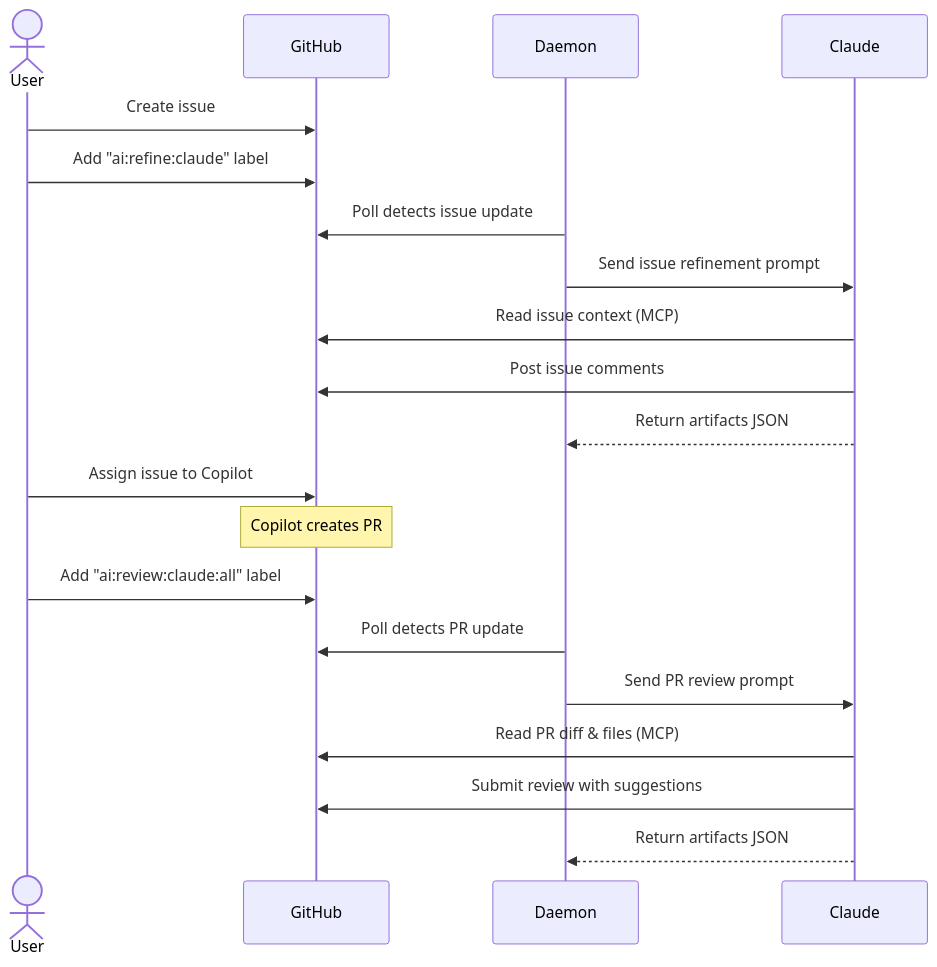
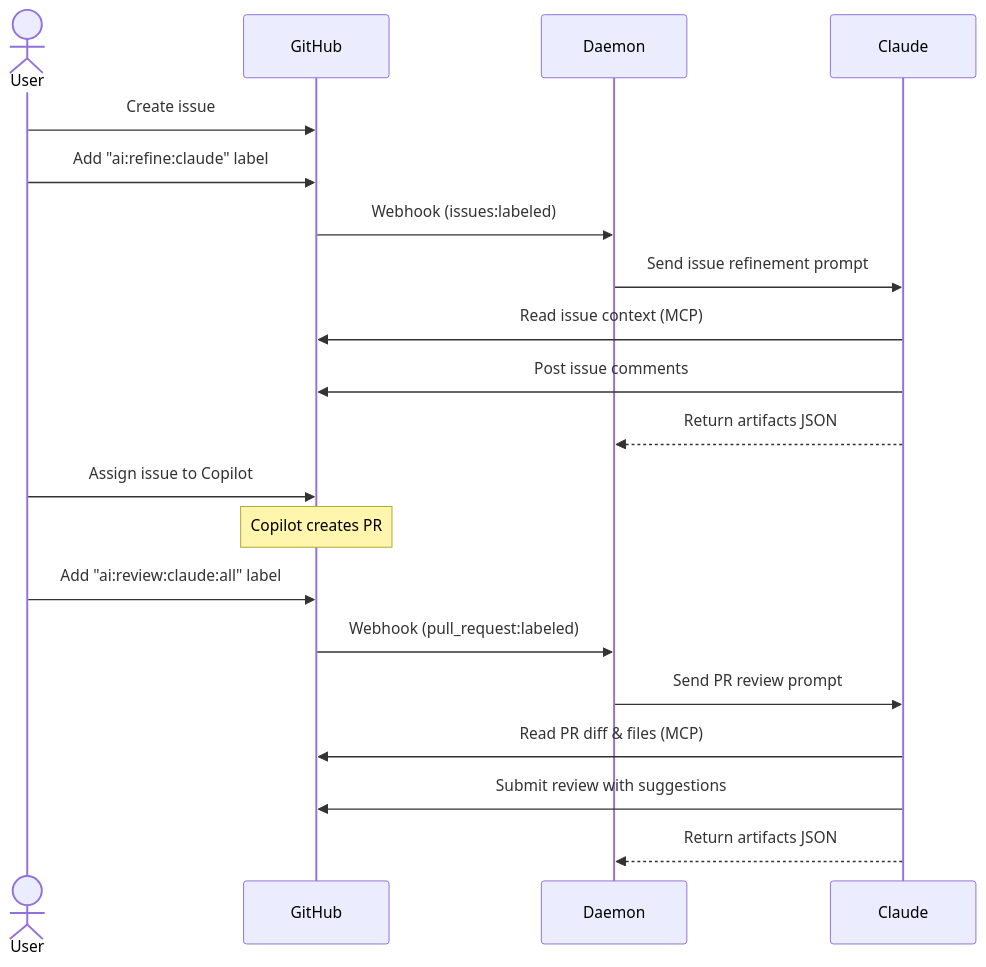
The diagram in README.md (eloylp/agents), drawn with Mermaid before and after one commit. The commit also changed other lines of this file and 27 other files, not shown here.

First line of the commit message:
Refactor daemon to stateless webhook label-event processing with async buffered-channel dispatch (#10)

````diff
--- a/README.md
+++ b/README.md
@@ -30,27 +30,27 @@
 ```mermaid
 sequenceDiagram
     actor User
     participant GH as GitHub
     participant Daemon
     participant Claude
 
     User->>GH: Create issue
     User->>GH: Add "ai:refine:claude" label
 
-    Daemon->>GH: Poll detects issue update
+    GH->>Daemon: Webhook (issues:labeled)
     Daemon->>Claude: Send issue refinement prompt
     Claude->>GH: Read issue context (MCP)
     Claude->>GH: Post issue comments
     Claude-->>Daemon: Return artifacts JSON
 
     User->>GH: Assign issue to Copilot
     Note over GH: Copilot creates PR
 
     User->>GH: Add "ai:review:claude:all" label
 
-    Daemon->>GH: Poll detects PR update
+    GH->>Daemon: Webhook (pull_request:labeled)
     Daemon->>Claude: Send PR review prompt
     Claude->>GH: Read PR diff & files (MCP)
     Claude->>GH: Submit review with suggestions
     Claude-->>Daemon: Return artifacts JSON
 ```
````
